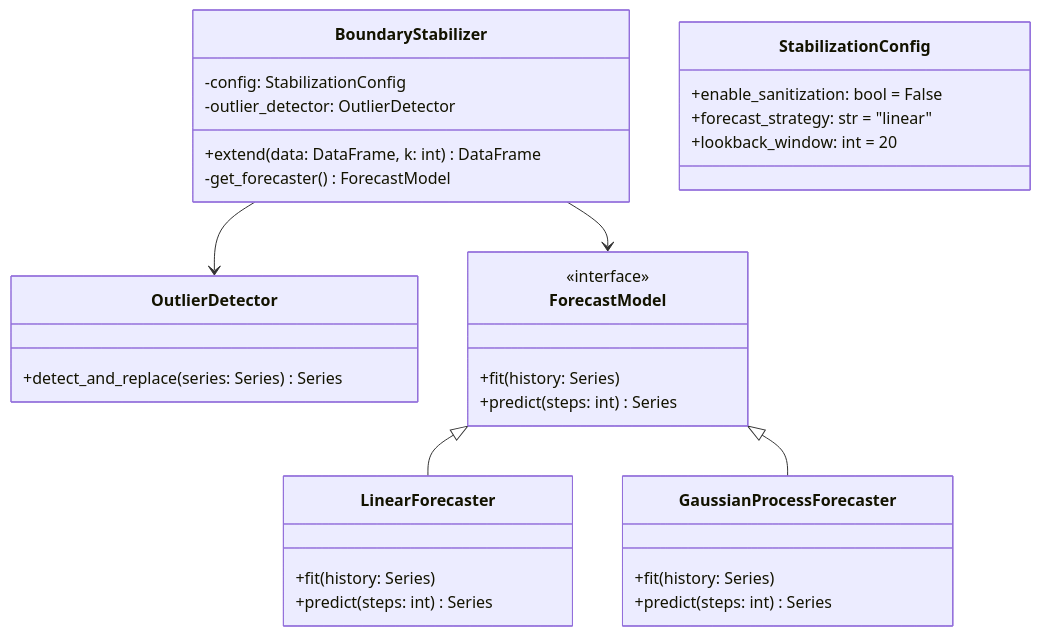
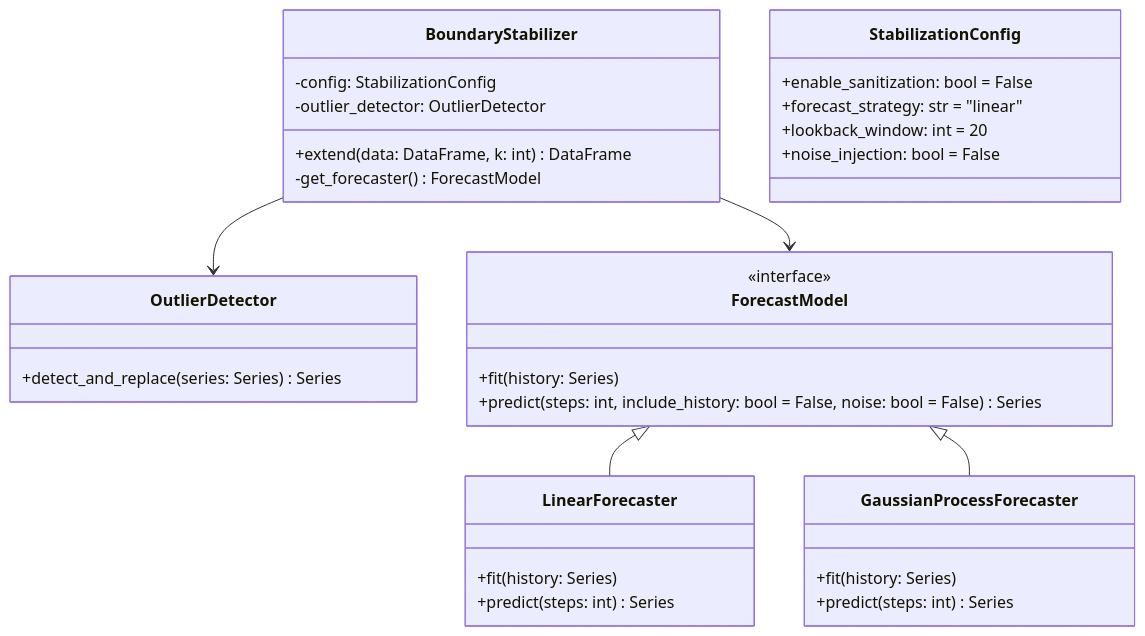
The diagram in docs/design/feature-design-boundary-stabilization.md (jhaapasa/PortfolioAdvisor), drawn with Mermaid before and after one commit. The commit also changed other lines of this file and 15 other files, not shown here.

````diff
--- a/docs/design/feature-design-boundary-stabilization.md
+++ b/docs/design/feature-design-boundary-stabilization.md
@@ -28,40 +28,41 @@
 ```mermaid
 classDiagram
     class BoundaryStabilizer {
         +extend(data: DataFrame, k: int) DataFrame
         -config: StabilizationConfig
         -outlier_detector: OutlierDetector
         -get_forecaster() ForecastModel
     }
 
     class StabilizationConfig {
         +enable_sanitization: bool = False
         +forecast_strategy: str = "linear"
         +lookback_window: int = 20
+        +noise_injection: bool = False
     }
 
     class OutlierDetector {
         +detect_and_replace(series: Series) Series
     }
 
     class ForecastModel {
         <<interface>>
         +fit(history: Series)
-        +predict(steps: int) Series
+        +predict(steps: int, include_history: bool = False, noise: bool = False) Series
     }
 
     class LinearForecaster {
         +fit(history: Series)
         +predict(steps: int) Series
     }
 
     class GaussianProcessForecaster {
         +fit(history: Series)
         +predict(steps: int) Series
     }
 
     BoundaryStabilizer --> OutlierDetector
     BoundaryStabilizer --> ForecastModel
     ForecastModel <|-- LinearForecaster
     ForecastModel <|-- GaussianProcessForecaster
 ```
````
